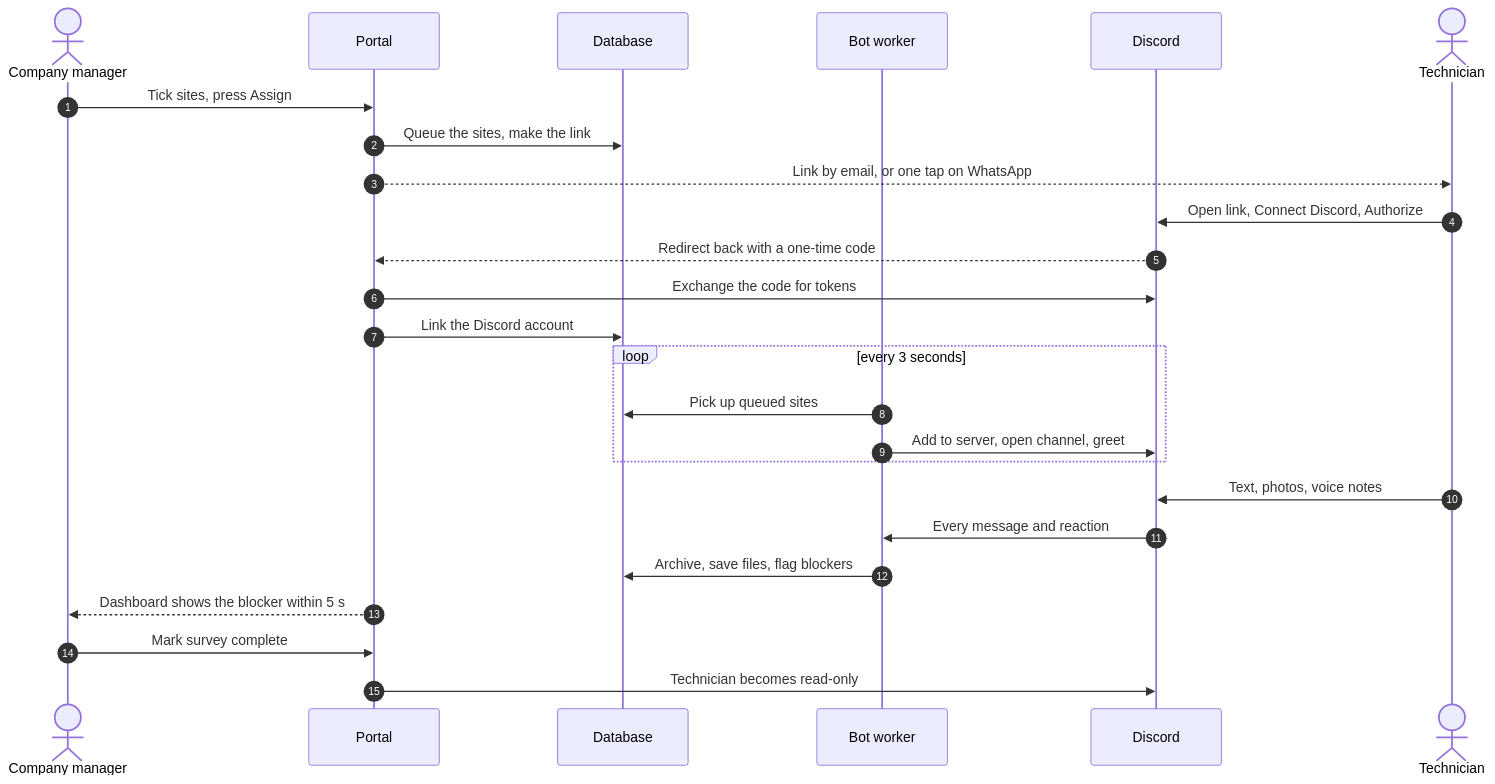
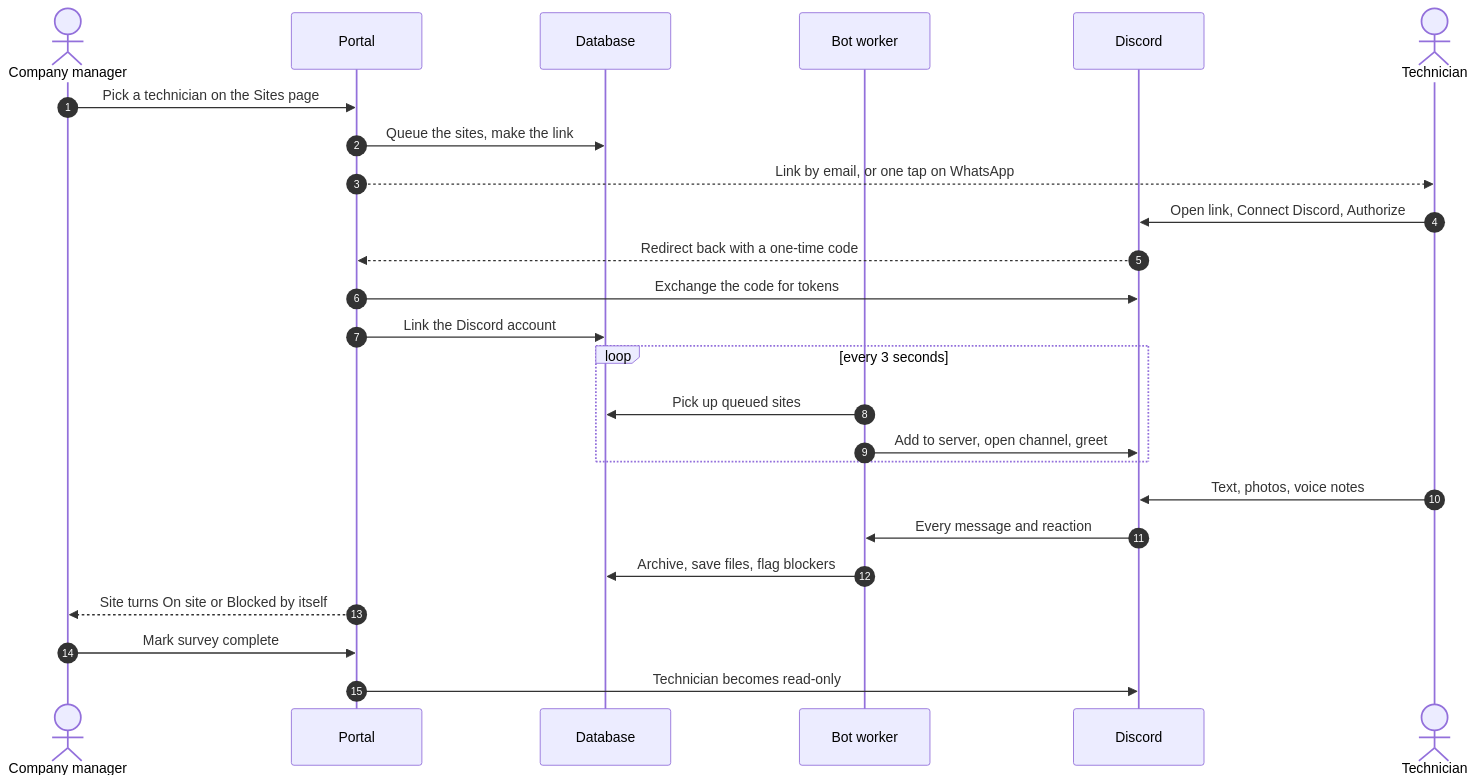
One commit to R-Saad007/RMSPreSurvey changed the second of 2 diagrams in README.md. Above: the diagram before and after it, drawn with Mermaid. The commit also changed other lines of this file and 21 other files, not shown here.

First line of the commit message:
Sites page as the hub; status updates itself; uploads are checked first

````diff
--- a/README.md
+++ b/README.md
@@ -100,27 +100,27 @@
 ```mermaid
 sequenceDiagram
     autonumber
     actor M as Company manager
     participant P as Portal
     participant DB as Database
     participant B as Bot worker
     participant D as Discord
     actor T as Technician
-    M->>P: Tick sites, press Assign
+    M->>P: Pick a technician on the Sites page
     P->>DB: Queue the sites, make the link
     P-->>T: Link by email, or one tap on WhatsApp
     T->>D: Open link, Connect Discord, Authorize
     D-->>P: Redirect back with a one-time code
     P->>D: Exchange the code for tokens
     P->>DB: Link the Discord account
     loop every 3 seconds
         B->>DB: Pick up queued sites
         B->>D: Add to server, open channel, greet
     end
     T->>D: Text, photos, voice notes
     D->>B: Every message and reaction
     B->>DB: Archive, save files, flag blockers
-    P-->>M: Dashboard shows the blocker within 5 s
+    P-->>M: Site turns On site or Blocked by itself
     M->>P: Mark survey complete
     P->>D: Technician becomes read-only
 ```
````
